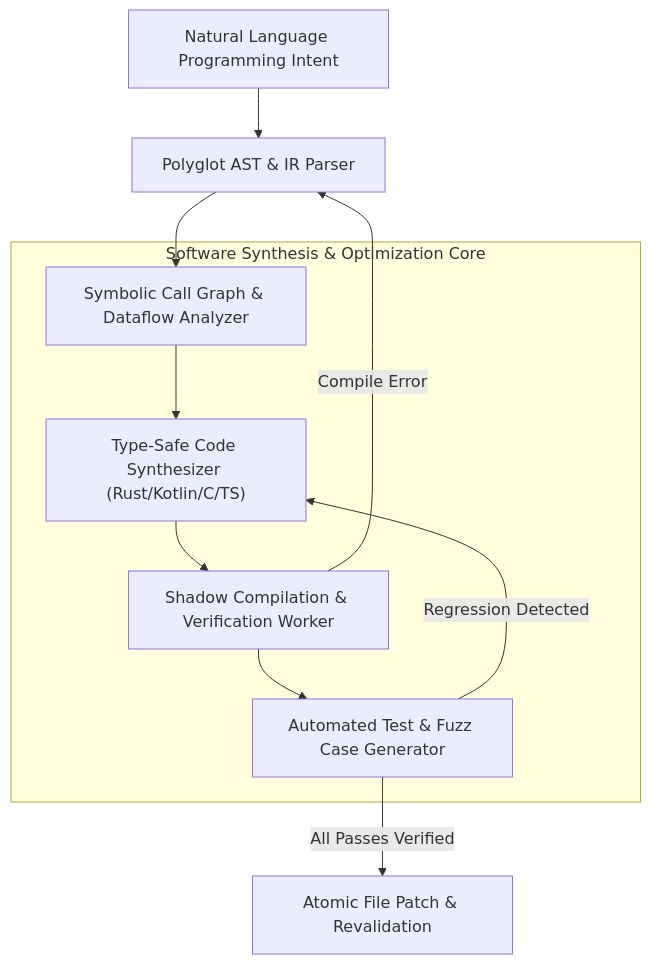
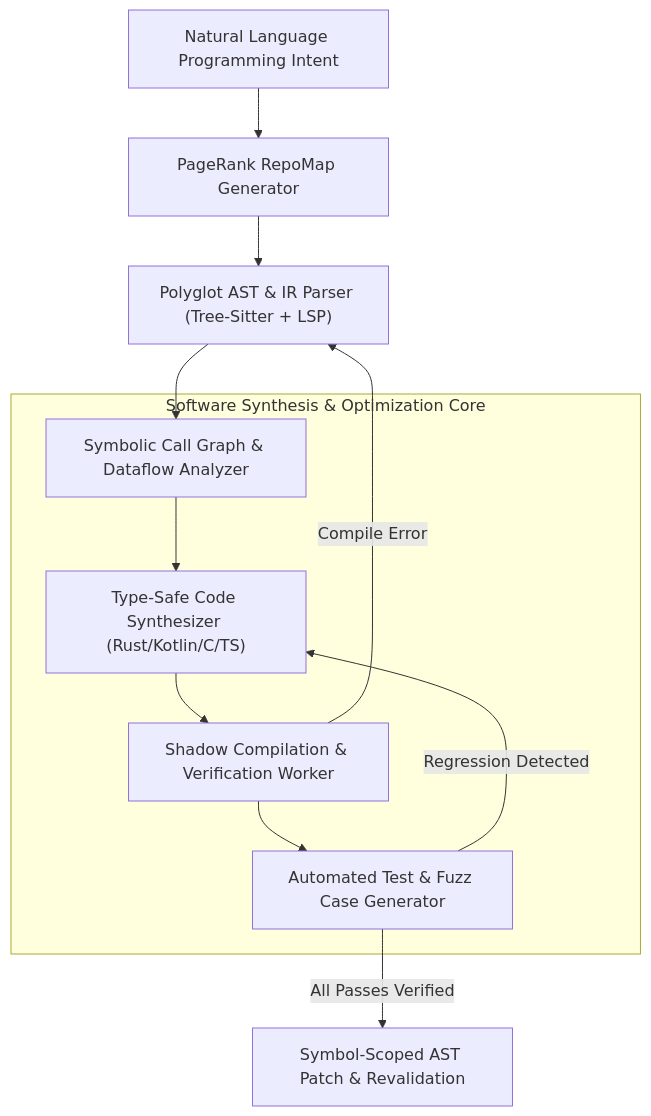
The first of 3 diagrams in docs/CYBER_AND_PROGRAMMING_MASTERY.md (Imperialorg/Eonba), drawn with Mermaid before and after one commit. The commit also changed other lines of this file and 24 other files, not shown here.

````diff
--- a/docs/CYBER_AND_PROGRAMMING_MASTERY.md
+++ b/docs/CYBER_AND_PROGRAMMING_MASTERY.md
@@ -23,20 +23,21 @@
 ```mermaid
 flowchart TD
-    UserGoal["Natural Language Programming Intent"] --> ASTParser["Polyglot AST & IR Parser"]
+    UserGoal["Natural Language Programming Intent"] --> RepoMapEngine["PageRank RepoMap Generator"]
+    RepoMapEngine --> ASTParser["Polyglot AST & IR Parser (Tree-Sitter + LSP)"]
     
     subgraph SynthesisEngine["Software Synthesis & Optimization Core"]
         SymbolicAnalyzer["Symbolic Call Graph & Dataflow Analyzer"]
         CodeSynthesizer["Type-Safe Code Synthesizer (Rust/Kotlin/C/TS)"]
         ShadowCompiler["Shadow Compilation & Verification Worker"]
         Fuzzer["Automated Test & Fuzz Case Generator"]
     end
 
     ASTParser --> SymbolicAnalyzer
     SymbolicAnalyzer --> CodeSynthesizer
     CodeSynthesizer --> ShadowCompiler
     ShadowCompiler --> Fuzzer
 
     ShadowCompiler -->|Compile Error| ASTParser
     Fuzzer -->|Regression Detected| CodeSynthesizer
-    Fuzzer -->|All Passes Verified| AtomicApplier["Atomic File Patch & Revalidation"]
+    Fuzzer -->|All Passes Verified| AtomicApplier["Symbol-Scoped AST Patch & Revalidation"]
 ```
````
